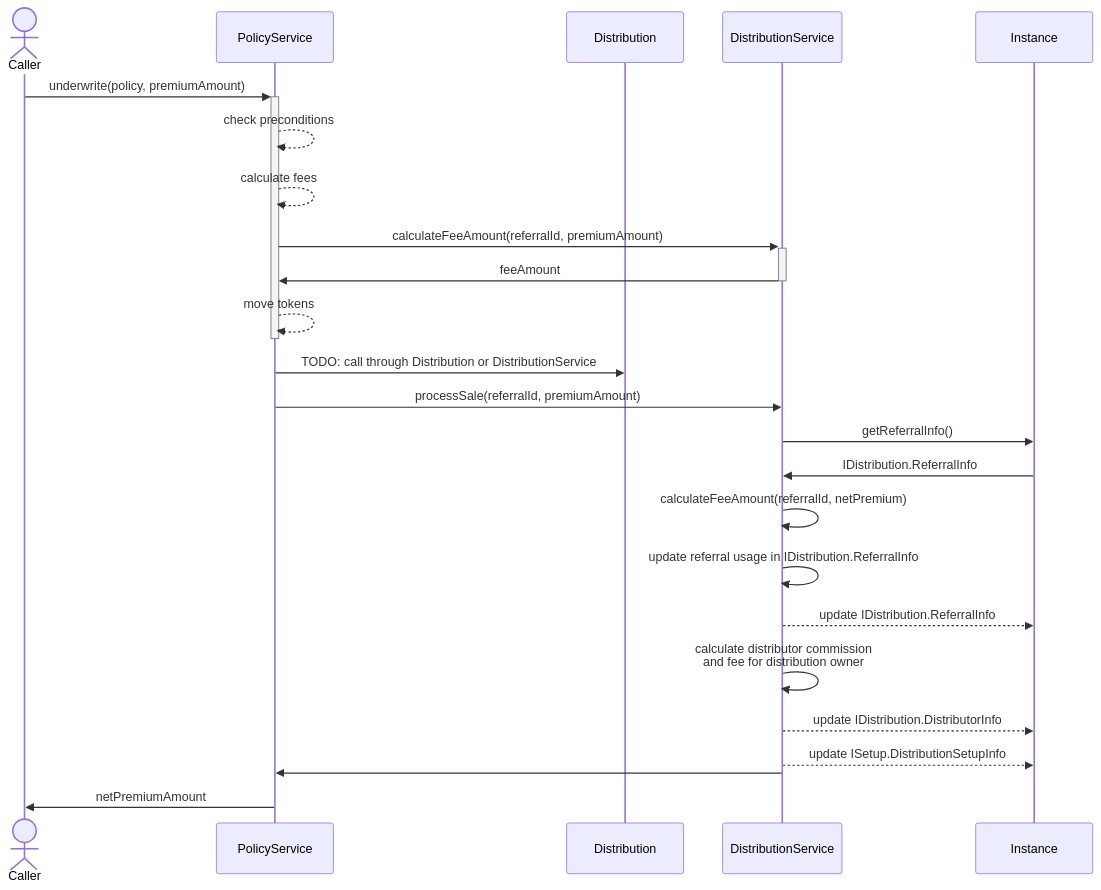
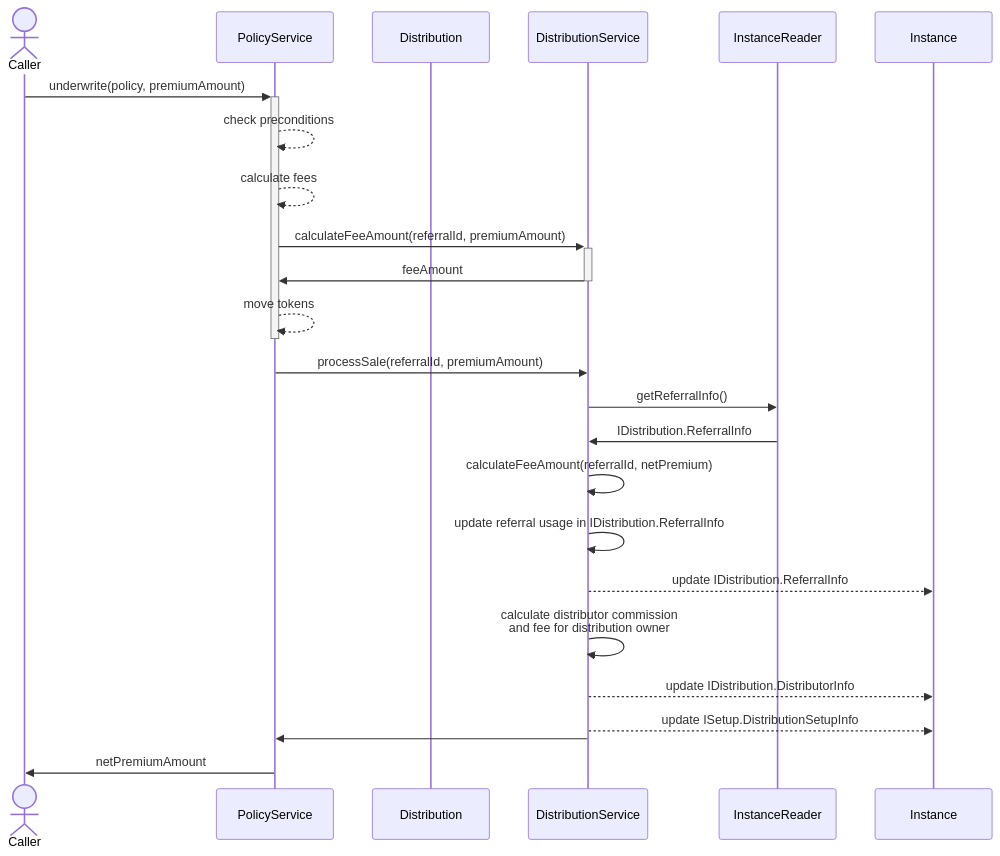
Before and after one commit to etherisc/gif-next: the fifth of 5 diagrams in docs_manual/distribution.md, drawn with Mermaid. The commit also changed other lines of this file and 1 other file, not shown here.

Commit message:
update sequences (#240)

````diff
--- a/docs_manual/distribution.md
+++ b/docs_manual/distribution.md
@@ -90,27 +84,27 @@
 ```mermaid
 sequenceDiagram
     actor C as Caller
     participant PS as PolicyService
     participant D as Distribution
     participant DS as DistributionService
+    participant IR as InstanceReader
     participant I as Instance
     
     C ->> +PS: underwrite(policy, premiumAmount)
     PS -->> PS: check preconditions
     PS -->> PS: calculate fees
     PS ->> +DS: calculateFeeAmount(referralId, premiumAmount)
     DS ->> -PS: feeAmount
     PS -->> -PS: move tokens
-    PS ->> D: TODO: call through Distribution or DistributionService
     PS ->> DS: processSale(referralId, premiumAmount)
-    DS ->> I: getReferralInfo()
-    I ->> DS: IDistribution.ReferralInfo
+    DS ->> IR: getReferralInfo()
+    IR ->> DS: IDistribution.ReferralInfo
     DS ->> DS: calculateFeeAmount(referralId, netPremium)
     DS ->> DS: update referral usage in IDistribution.ReferralInfo
     DS -->> I: update IDistribution.ReferralInfo
     DS ->> DS: calculate distributor commission<br> and fee for distribution owner
     DS -->> I: update IDistribution.DistributorInfo
     DS -->> I: update ISetup.DistributionSetupInfo
     DS ->> PS: 
     PS ->> C: netPremiumAmount
 ```
````
